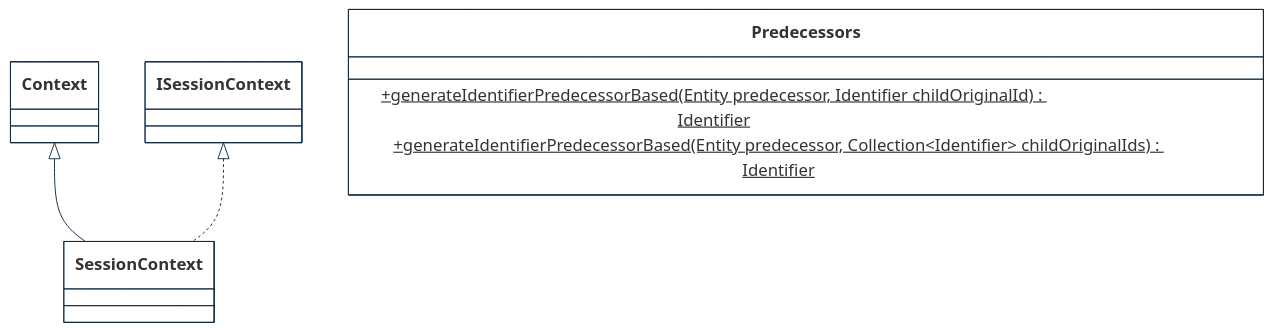
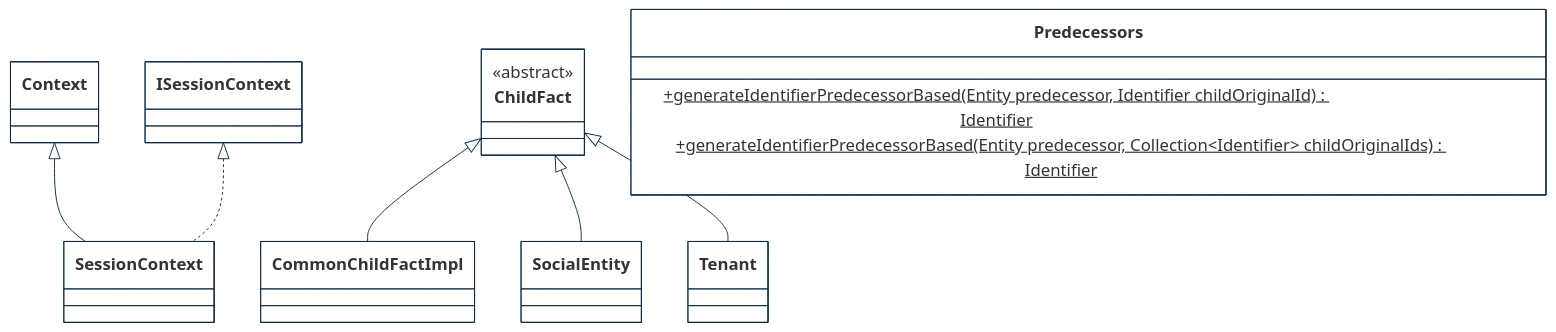
The third of 6 diagrams in implementations-line/framework/domain/designview-packages.md (cybnity/foundation), drawn with Mermaid before and after one commit.

````diff
--- a/implementations-line/framework/domain/designview-packages.md
+++ b/implementations-line/framework/domain/designview-packages.md
@@ -111,28 +106,36 @@
 ```mermaid
 %%{
   init: {
     'theme': 'base',
     'themeVariables': {
         'background': '#ffffff',
         'fontFamily': 'arial',
         'fontSize': '18px',
         'primaryColor': '#fff',
         'primaryBorderColor': '#0e2a43',
         'secondaryBorderColor': '#0e2a43',
         'tertiaryBorderColor': '#0e2a43',
         'edgeLabelBackground':'#0e2a43',
         'lineColor': '#0e2a43',
         'tertiaryColor': '#fff'
     }
   }
 }%%
 classDiagram
     Context <|-- SessionContext
     ISessionContext <|.. SessionContext
+    ChildFact <|-- CommonChildFactImpl
+    ChildFact <|-- SocialEntity
+    ChildFact <|-- Tenant
 
+    class ChildFact {
+        <<abstract>>
+    }
+    class Tenant {
+    }
     class Predecessors {
         +generateIdentifierPredecessorBased(Entity predecessor, Identifier childOriginalId)$ Identifier
         +generateIdentifierPredecessorBased(Entity predecessor, Collection~Identifier~ childOriginalIds)$ Identifier
     }
 
 ```
````
